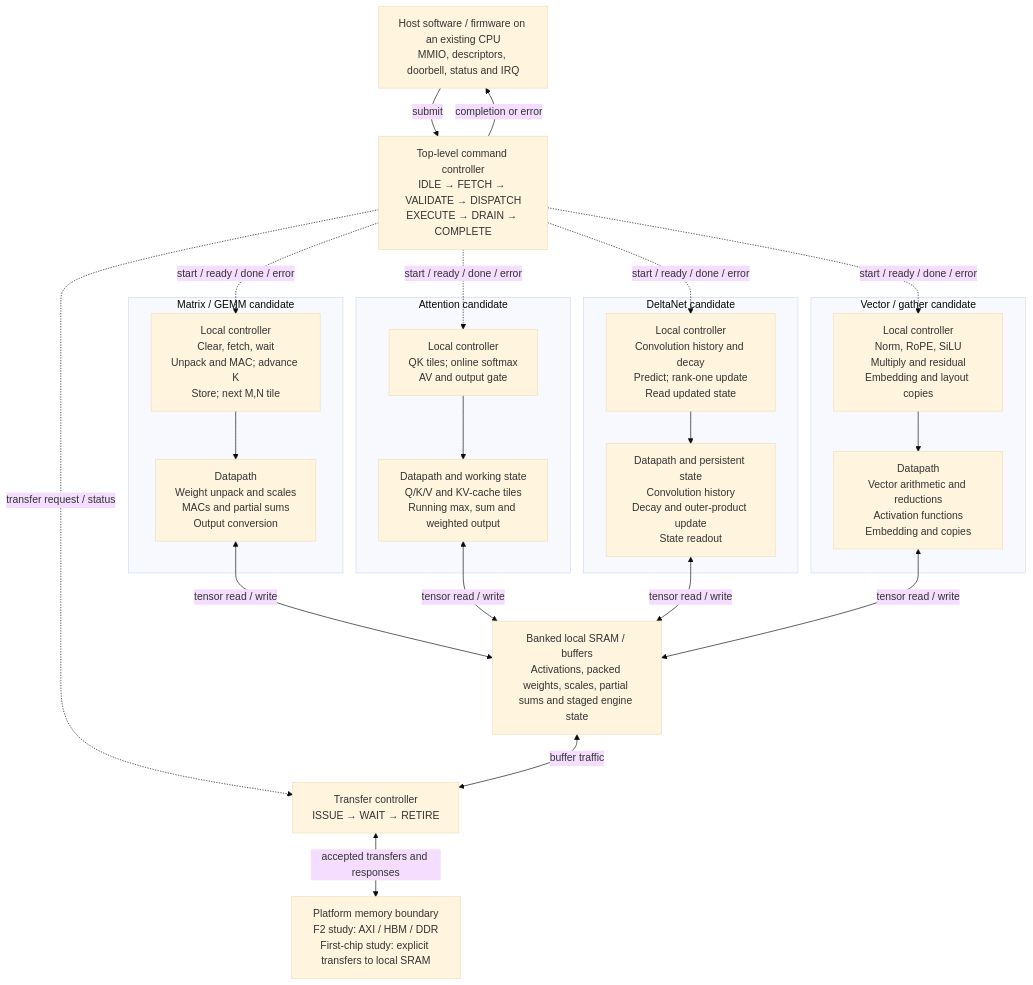
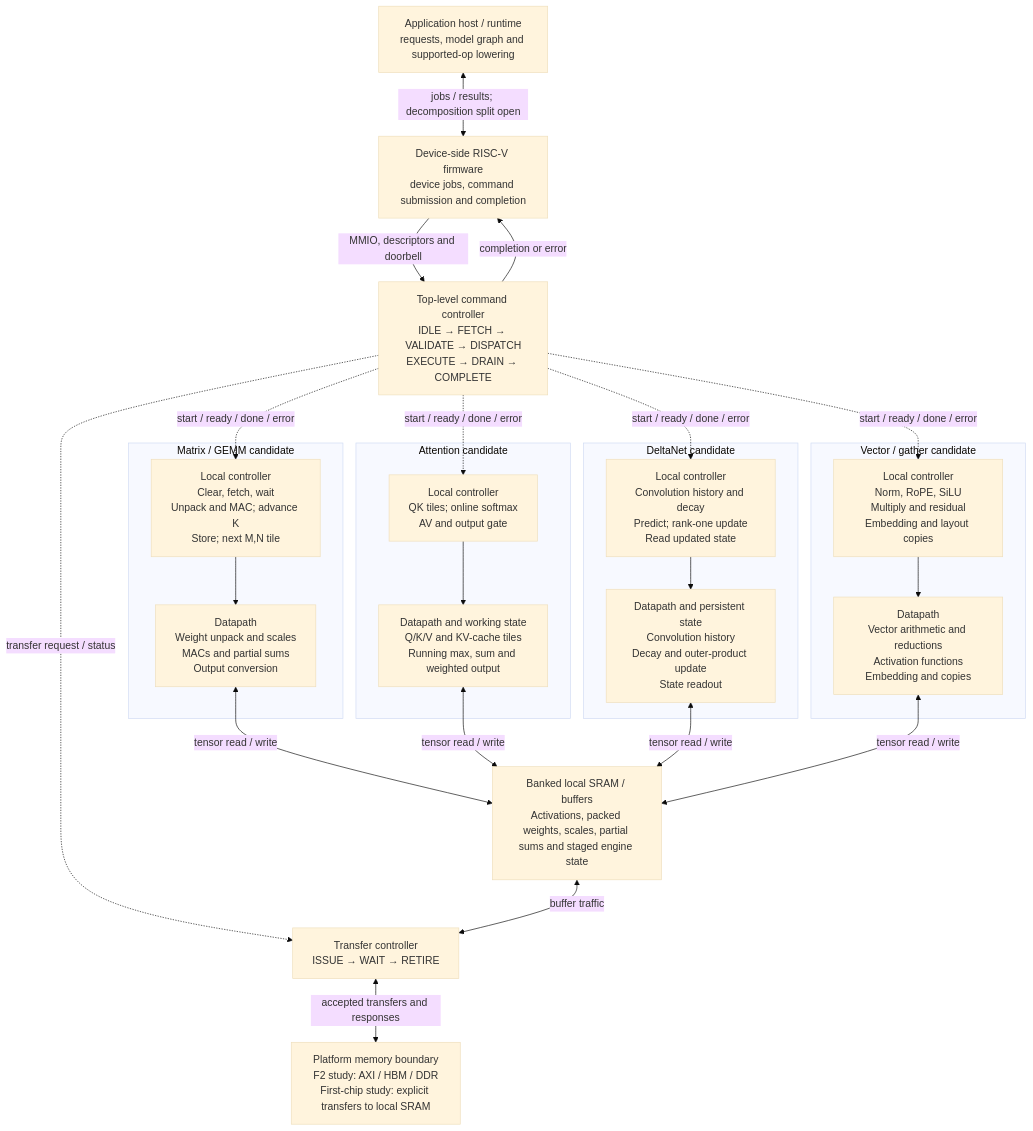
Before and after one commit to SiliconBadgers/architecture: the diagram in docs/accelerator-diagram.md, drawn with Mermaid (base theme). The commit also changed other lines of this file and 1 other file, not shown here.

Commit message:
Record meeting-backed architecture baseline

````diff
--- a/docs/accelerator-diagram.md
+++ b/docs/accelerator-diagram.md
@@ -11,41 +11,43 @@
 ```mermaid
 flowchart TB
-  HOST["Host software / firmware on an existing CPU<br/>MMIO, descriptors, doorbell, status and IRQ"]
+  HOST["Application host / runtime<br/>requests, model graph and supported-op lowering"]
+  RV["Device-side RISC-V firmware<br/>device jobs, command submission and completion"]
   CMD["Top-level command controller<br/>IDLE → FETCH → VALIDATE → DISPATCH<br/>EXECUTE → DRAIN → COMPLETE"]
-  HOST -->|submit| CMD
-  CMD -->|completion or error| HOST
+  HOST <-->|jobs / results; decomposition split open| RV
+  RV -->|MMIO, descriptors and doorbell| CMD
+  CMD -->|completion or error| RV
   subgraph GEMM["Matrix / GEMM candidate"]
     GC["Local controller<br/>Clear, fetch, wait<br/>Unpack and MAC; advance K<br/>Store; next M,N tile"]
     GD["Datapath<br/>Weight unpack and scales<br/>MACs and partial sums<br/>Output conversion"]
     GC --> GD
   end
   subgraph ATTN["Attention candidate"]
     AC["Local controller<br/>QK tiles; online softmax<br/>AV and output gate"]
     AD["Datapath and working state<br/>Q/K/V and KV-cache tiles<br/>Running max, sum and weighted output"]
     AC --> AD
   end
   subgraph DELTA["DeltaNet candidate"]
     DC["Local controller<br/>Convolution history and decay<br/>Predict; rank-one update<br/>Read updated state"]
     DD["Datapath and persistent state<br/>Convolution history<br/>Decay and outer-product update<br/>State readout"]
     DC --> DD
   end
   subgraph VECTOR["Vector / gather candidate"]
     VC["Local controller<br/>Norm, RoPE, SiLU<br/>Multiply and residual<br/>Embedding and layout copies"]
     VD["Datapath<br/>Vector arithmetic and reductions<br/>Activation functions<br/>Embedding and copies"]
     VC --> VD
   end
   CMD -.->|start / ready / done / error| GC
   CMD -.->|start / ready / done / error| AC
   CMD -.->|start / ready / done / error| DC
   CMD -.->|start / ready / done / error| VC
   SRAM["Banked local SRAM / buffers<br/>Activations, packed weights, scales, partial sums and staged engine state"]
   GD <-->|tensor read / write| SRAM
   AD <-->|tensor read / write| SRAM
   DD <-->|tensor read / write| SRAM
   VD <-->|tensor read / write| SRAM
   XFER["Transfer controller<br/>ISSUE → WAIT → RETIRE"]
   CMD -.->|transfer request / status| XFER
   SRAM <-->|buffer traffic| XFER
   PLATFORM["Platform memory boundary<br/>F2 study: AXI / HBM / DDR<br/>First-chip study: explicit transfers to local SRAM"]
   XFER <-->|accepted transfers and responses| PLATFORM
 ```
````
